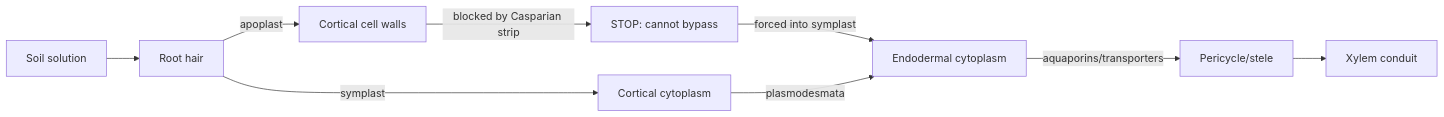
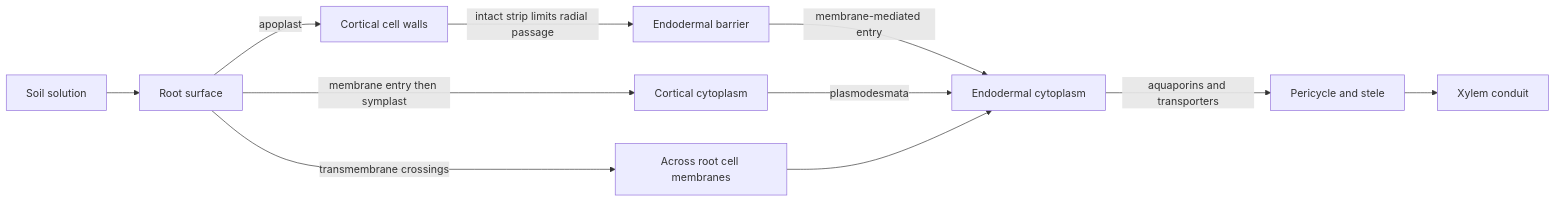
Before and after one commit to docxology/biology_textbook: the third of 6 diagrams in docs/manuscript/unit_VIII/plant_structure_and_water.md, drawn with Mermaid. The commit also changed other lines of this file and 444 other files, not shown here.

````diff
--- a/docs/manuscript/unit_VIII/plant_structure_and_water.md
+++ b/docs/manuscript/unit_VIII/plant_structure_and_water.md
@@ -377,11 +377,13 @@
 ```mermaid
 flowchart LR
-    Soil[Soil solution] --> RH[Root hair]
+    Soil[Soil solution] --> RH[Root surface]
     RH -->|apoplast| CW1[Cortical cell walls]
-    RH -->|symplast| Cyto1[Cortical cytoplasm]
-    CW1 -->|blocked by Casparian strip| EndoBlock[STOP: cannot bypass]
-    EndoBlock -->|forced into symplast| Endo[Endodermal cytoplasm]
+    RH -->|membrane entry then symplast| Cyto1[Cortical cytoplasm]
+    CW1 -->|intact strip limits radial passage| EndoBlock[Endodermal barrier]
+    EndoBlock -->|membrane-mediated entry| Endo[Endodermal cytoplasm]
     Cyto1 -->|plasmodesmata| Endo
-    Endo -->|aquaporins/transporters| PCyl[Pericycle/stele]
+    RH -->|transmembrane crossings| TC[Across root cell membranes]
+    TC --> Endo
+    Endo -->|aquaporins and transporters| PCyl[Pericycle and stele]
     PCyl --> Xylem[Xylem conduit]
 ```
````
